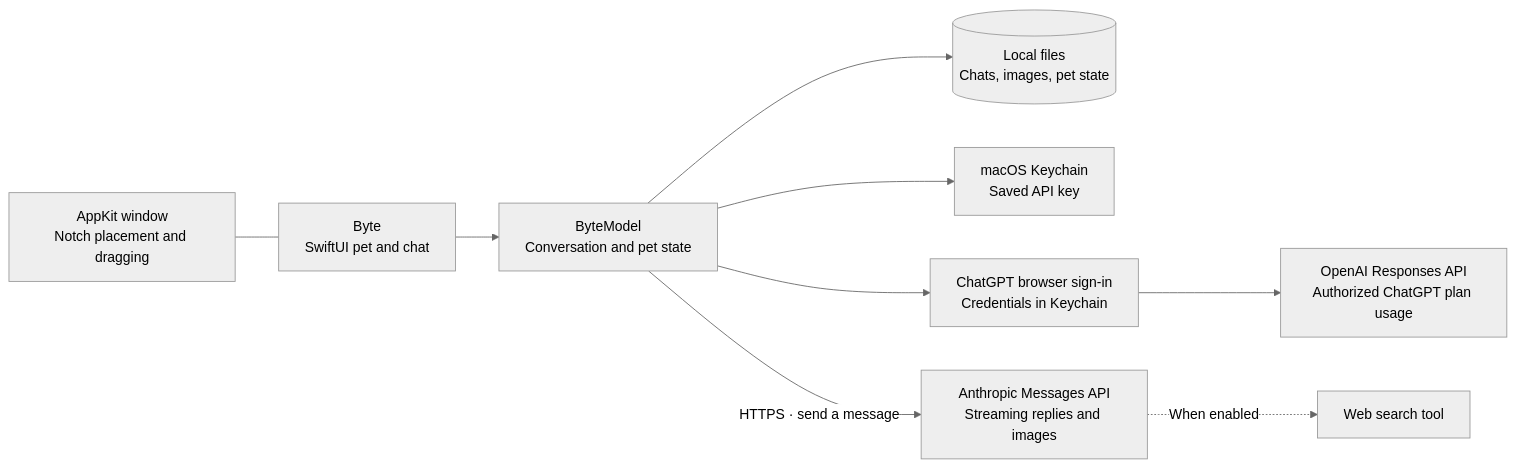
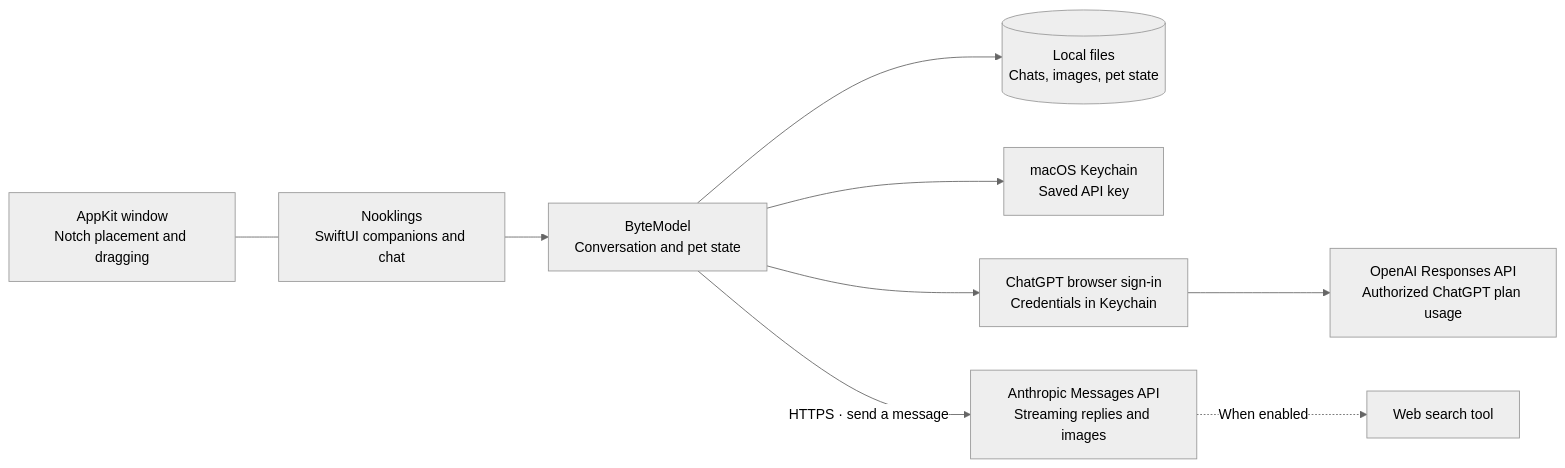
Before and after one commit to ronniekai999/nooklings: the diagram in README.md, drawn with Mermaid (neutral theme). The commit also changed other lines of this file and 28 other files, not shown here.

````diff
--- a/README.md
+++ b/README.md
@@ -263,11 +293,11 @@
 ```mermaid
 flowchart LR
-    UI["Byte<br/>SwiftUI pet and chat"] --> Model["ByteModel<br/>Conversation and pet state"]
+    UI["Nooklings<br/>SwiftUI companions and chat"] --> Model["ByteModel<br/>Conversation and pet state"]
     Window["AppKit window<br/>Notch placement and dragging"] --- UI
     Model --> Disk[("Local files<br/>Chats, images, pet state")]
     Model --> Keys["macOS Keychain<br/>Saved API key"]
     Model --> Auth["ChatGPT browser sign-in<br/>Credentials in Keychain"]
     Model -->|"HTTPS · send a message"| API["Anthropic Messages API<br/>Streaming replies and images"]
     Auth --> GPT["OpenAI Responses API<br/>Authorized ChatGPT plan usage"]
     API -.->|"When enabled"| Search["Web search tool"]
 ```
````
